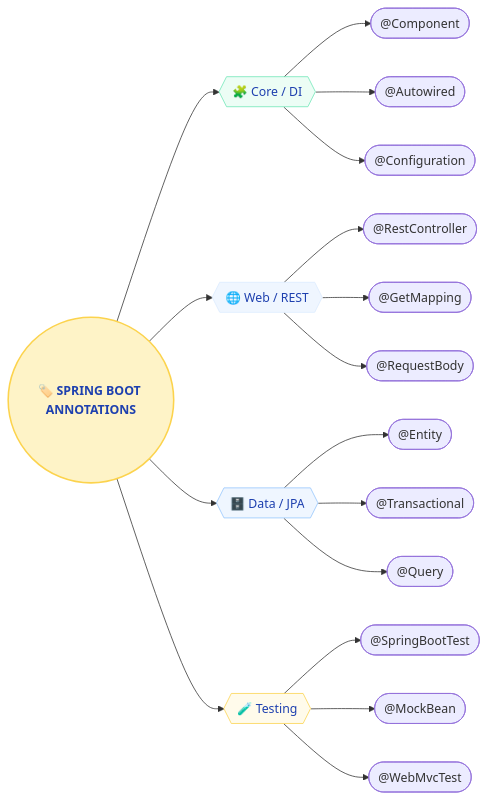
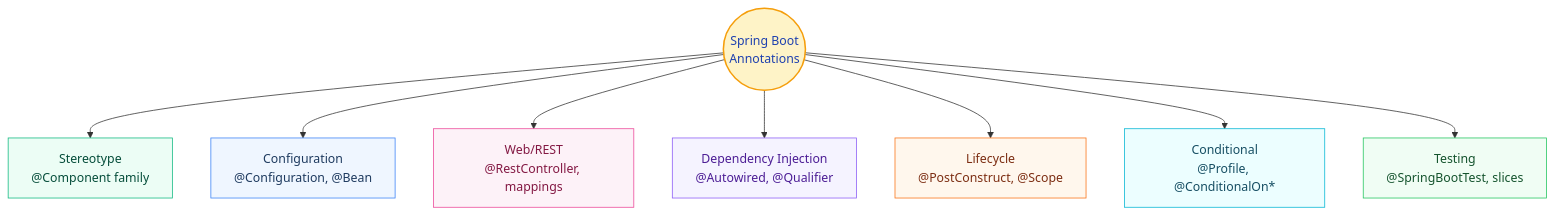
The first of 3 diagrams in docs/springboot/Annotations.md (saivamsikaruturi/vamsilabs-dev-notes-main), drawn with Mermaid before and after one commit. The commit also changed other lines of this file and 21 other files, not shown here.

First line of the commit message:
Rewrite 20 Spring Boot + 2 Microservices pages as deep interview-prep guides

````diff
--- a/docs/springboot/Annotations.md
+++ b/docs/springboot/Annotations.md
@@ -11,30 +11,21 @@
 ```mermaid
-flowchart LR
-    SB(("🏷️ <b>SPRING BOOT ANNOTATIONS</b>"))
-    SB --> Core{{"🧩 Core / DI"}}
-    SB --> Web{{"🌐 Web / REST"}}
-    SB --> Data{{"🗄️ Data / JPA"}}
-    SB --> Test{{"🧪 Testing"}}
+flowchart TB
+    SB(("Spring Boot<br/>Annotations"))
     
-    Core --> C1(["@Component"])
-    Core --> C2(["@Autowired"])
-    Core --> C3(["@Configuration"])
+    SB --> Stereo["Stereotype<br/>@Component family"]
+    SB --> Config["Configuration<br/>@Configuration, @Bean"]
+    SB --> Web["Web/REST<br/>@RestController, mappings"]
+    SB --> DI["Dependency Injection<br/>@Autowired, @Qualifier"]
+    SB --> Life["Lifecycle<br/>@PostConstruct, @Scope"]
+    SB --> Cond["Conditional<br/>@Profile, @ConditionalOn*"]
+    SB --> Test["Testing<br/>@SpringBootTest, slices"]
     
-    Web --> W1(["@RestController"])
-    Web --> W2(["@GetMapping"])
-    Web --> W3(["@RequestBody"])
-    
-    Data --> D1(["@Entity"])
-    Data --> D2(["@Transactional"])
-    Data --> D3(["@Query"])
-    
-    Test --> T1(["@SpringBootTest"])
-    Test --> T2(["@MockBean"])
-    Test --> T3(["@WebMvcTest"])
-
-    style SB fill:#FEF3C7,stroke:#FCD34D,stroke-width:2px,color:#1E40AF
-    style Core fill:#ECFDF5,stroke:#6EE7B7,color:#1E40AF
-    style Web fill:#EFF6FF,stroke:#DBEAFE,color:#1E40AF
-    style Data fill:#EFF6FF,stroke:#93C5FD,color:#1E40AF
-    style Test fill:#FFFBEB,stroke:#FCD34D,color:#1E40AF
+    style SB fill:#FEF3C7,stroke:#F59E0B,stroke-width:2px,color:#1E40AF
+    style Stereo fill:#ECFDF5,stroke:#10B981,color:#064E3B
+    style Config fill:#EFF6FF,stroke:#3B82F6,color:#1E3A5F
+    style Web fill:#FDF2F8,stroke:#EC4899,color:#831843
+    style DI fill:#F5F3FF,stroke:#8B5CF6,color:#4C1D95
+    style Life fill:#FFF7ED,stroke:#F97316,color:#7C2D12
+    style Cond fill:#ECFEFF,stroke:#06B6D4,color:#164E63
+    style Test fill:#F0FDF4,stroke:#22C55E,color:#14532D
 ```
````
